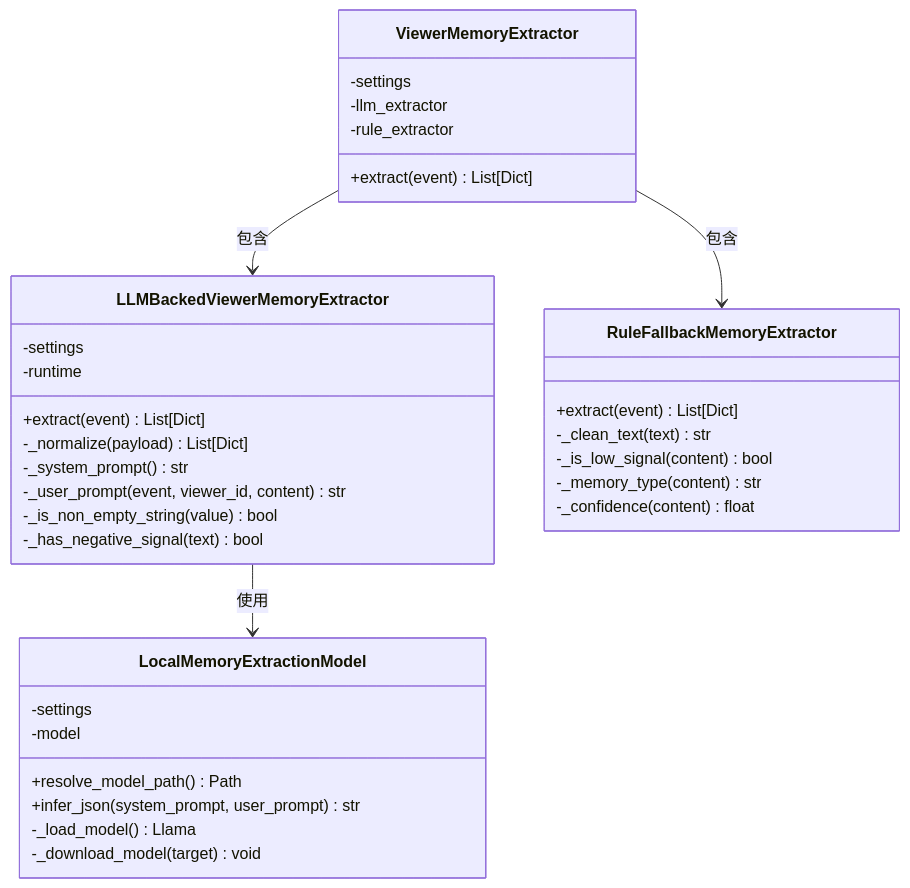
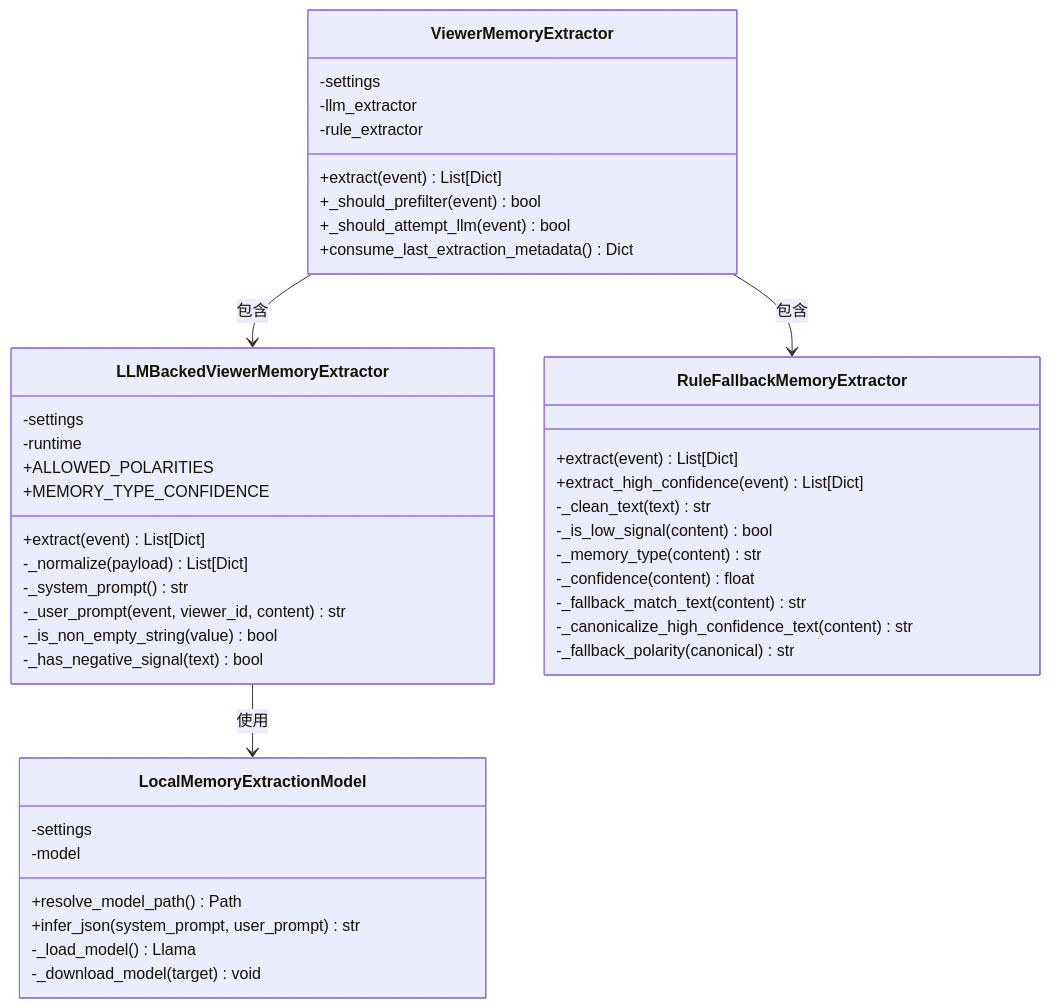
Before and after one commit to Moon-Force/DouYin_llm: the third of 5 diagrams in .qoder/repowiki/zh/content/测试策略/LLM内存提取器测试.md, drawn with Mermaid. The commit also changed other lines of this file and 34 other files, not shown here.

````diff
--- a/.qoder/repowiki/zh/content/测试策略/LLM内存提取器测试.md
+++ b/.qoder/repowiki/zh/content/测试策略/LLM内存提取器测试.md
@@ -156,37 +174,46 @@
 ```mermaid
 classDiagram
 class LLMBackedViewerMemoryExtractor {
 -settings
 -runtime
 +extract(event) List[Dict]
 -_normalize(payload) List[Dict]
 -_system_prompt() str
 -_user_prompt(event, viewer_id, content) str
 -_is_non_empty_string(value) bool
 -_has_negative_signal(text) bool
++ALLOWED_POLARITIES
++MEMORY_TYPE_CONFIDENCE
 }
 class RuleFallbackMemoryExtractor {
 +extract(event) List[Dict]
++extract_high_confidence(event) List[Dict]
 -_clean_text(text) str
 -_is_low_signal(content) bool
 -_memory_type(content) str
 -_confidence(content) float
+-_fallback_match_text(content) str
+-_canonicalize_high_confidence_text(content) str
+-_fallback_polarity(canonical) str
 }
 class ViewerMemoryExtractor {
 -settings
 -llm_extractor
 -rule_extractor
 +extract(event) List[Dict]
++_should_prefilter(event) bool
++_should_attempt_llm(event) bool
++consume_last_extraction_metadata() Dict
 }
 class LocalMemoryExtractionModel {
 -settings
 -model
 +resolve_model_path() Path
 +infer_json(system_prompt, user_prompt) str
 -_load_model() Llama
 -_download_model(target) void
 }
 LLMBackedViewerMemoryExtractor --> LocalMemoryExtractionModel : 使用
 ViewerMemoryExtractor --> LLMBackedViewerMemoryExtractor : 包含
 ViewerMemoryExtractor --> RuleFallbackMemoryExtractor : 包含
 ```
````
